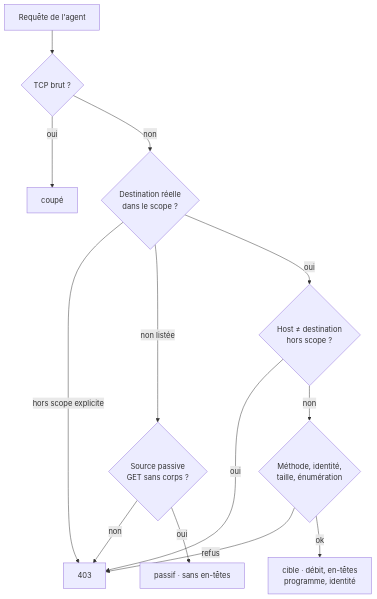
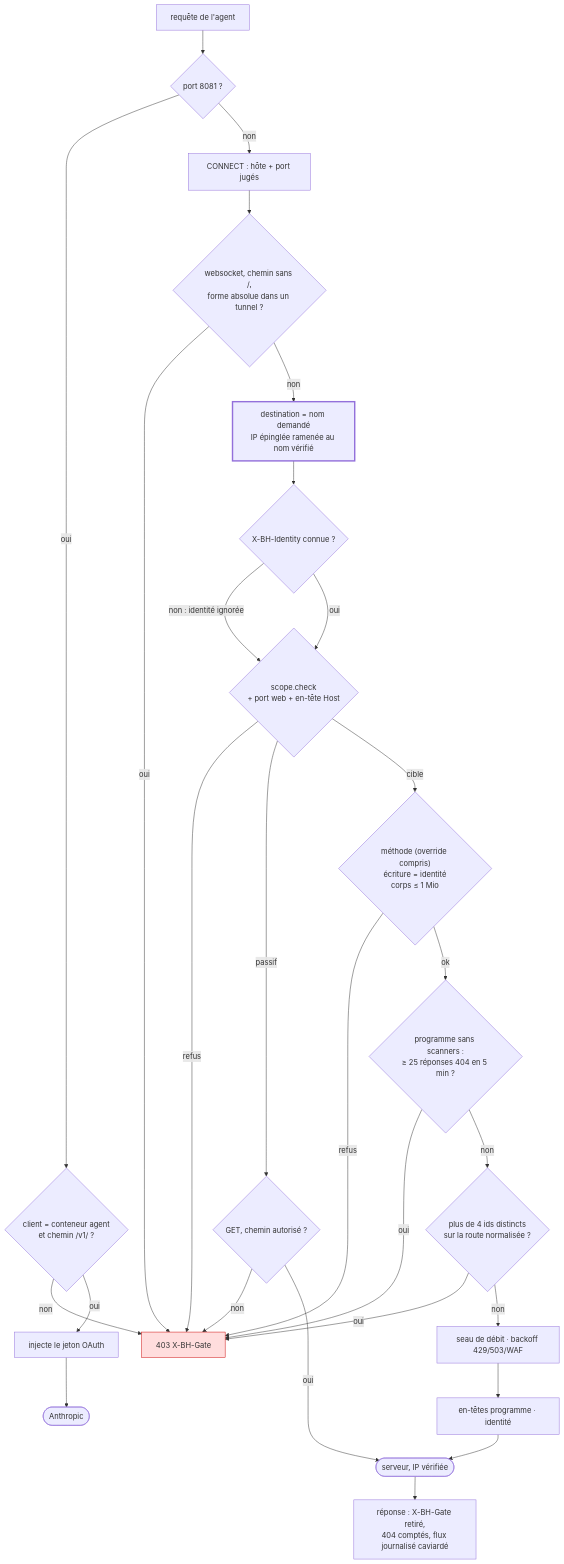
One commit to Moutdili/bull-harness changed the third of 15 diagrams in docs/diagrams.md. Above: the diagram before and after it, drawn with Mermaid. The commit also changed other lines of this file and 3 other files, not shown here.

First line of the commit message:
docs: README with mermaid diagrams, current architecture diagrams, review status

````diff
--- a/docs/diagrams.md
+++ b/docs/diagrams.md
@@ -77,16 +77,28 @@
 ```mermaid
 flowchart TD
-  Q["Requête de l'agent"] --> T{"TCP brut ?"}
-  T -->|oui| K["coupé"]
-  T -->|non| D{"Destination réelle<br/>dans le scope ?"}
-  D -->|"hors scope explicite"| X["403"]
-  D -->|"non listée"| P{"Source passive<br/>GET sans corps ?"}
-  P -->|non| X
-  P -->|oui| OKP["passif · sans en-têtes"]
-  D -->|oui| H{"Host ≠ destination<br/>hors scope ?"}
-  H -->|oui| X
-  H -->|non| M{"Méthode, identité,<br/>taille, énumération"}
-  M -->|refus| X
-  M -->|ok| OKT["cible · débit, en-têtes<br/>programme, identité"]
-      
+  IN["requête de l'agent"] --> RELAY{"port 8081 ?"}
+  RELAY -- oui --> PEER{"client = conteneur agent<br/>et chemin /v1/ ?"}
+  PEER -- non --> D["403 X-BH-Gate"]
+  PEER -- oui --> TOK["injecte le jeton OAuth"] --> ANT(["Anthropic"])
+  RELAY -- non --> CONN["CONNECT : hôte + port jugés"]
+  CONN --> SHAPE{"websocket, chemin sans /,<br/>forme absolue dans un tunnel ?"}
+  SHAPE -- oui --> D
+  SHAPE -- non --> NAME["destination = nom demandé<br/>IP épinglée ramenée au nom vérifié"]
+  NAME --> ID{"X-BH-Identity connue ?"}
+  ID -- "non : identité ignorée" --> SCOPE
+  ID -- oui --> SCOPE{"scope.check<br/>+ port web + en-tête Host"}
+  SCOPE -- refus --> D
+  SCOPE -- passif --> PASV{"GET, chemin autorisé ?"} -- non --> D
+  PASV -- oui --> UP
+  SCOPE -- cible --> RULES{"méthode (override compris)<br/>écriture = identité<br/>corps ≤ 1 Mio"}
+  RULES -- refus --> D
+  RULES -- ok --> SCAN{"programme sans scanners :<br/>≥ 25 réponses 404 en 5 min ?"}
+  SCAN -- oui --> D
+  SCAN -- non --> ENUM{"plus de 4 ids distincts<br/>sur la route normalisée ?"}
+  ENUM -- oui --> D
+  ENUM -- non --> RATE["seau de débit · backoff 429/503/WAF"]
+  RATE --> INJ["en-têtes programme · identité"] --> UP(["serveur, IP vérifiée"])
+  UP --> RESP["réponse : X-BH-Gate retiré,<br/>404 comptés, flux journalisé caviardé"]
+  style D fill:#fdd,stroke:#c00
+  style NAME stroke-width:3px
 ```
````
